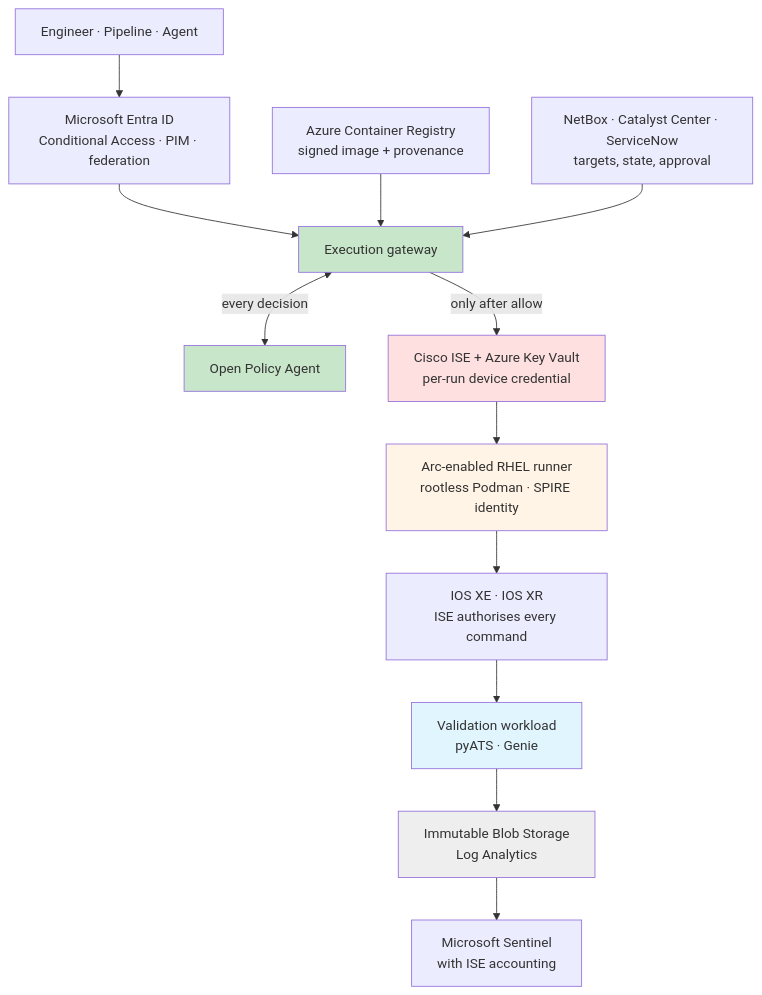
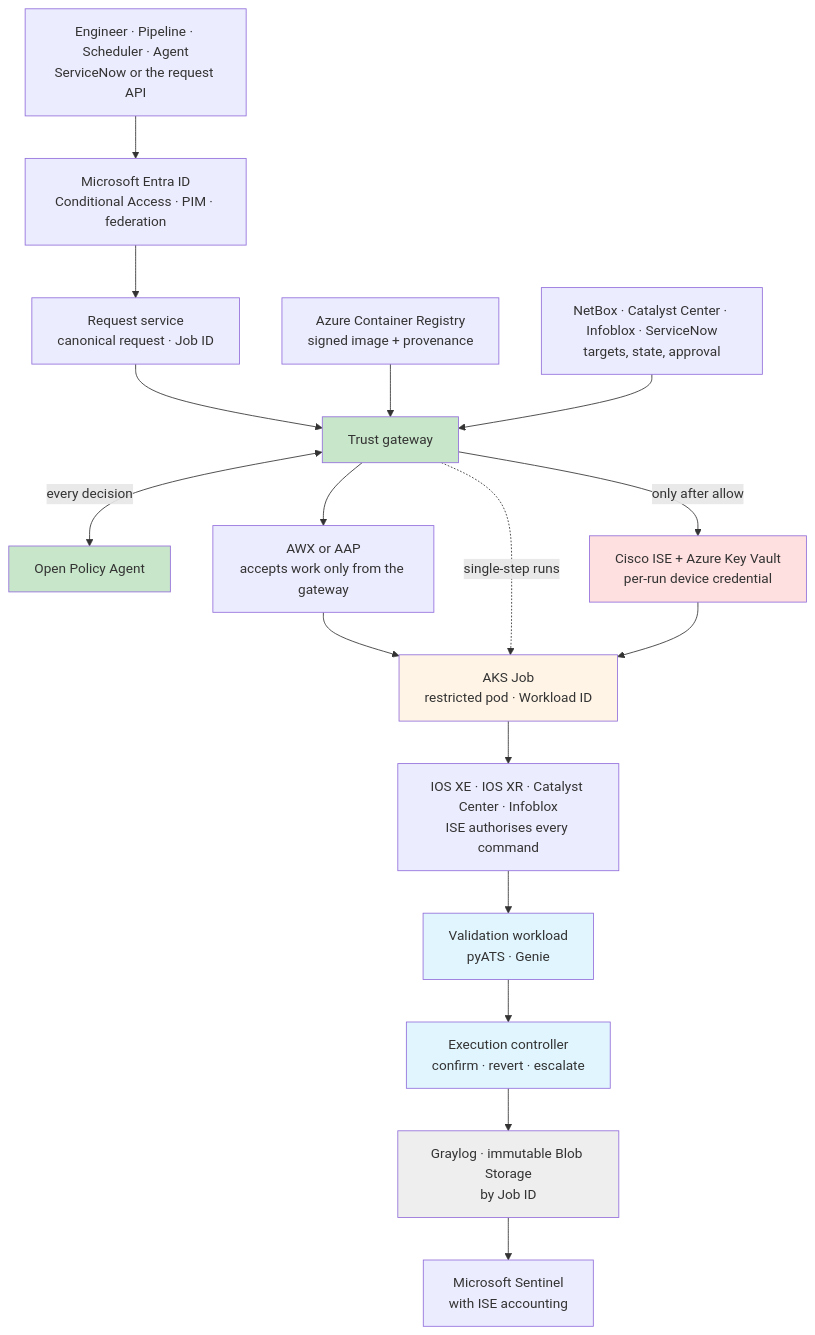
One commit to Nautomation-Prime/nautomation-prime.github.io changed the second of 2 diagrams in docs/foundation/reference-architectures/trusted-automation-execution/worked-example-azure-cisco.md. Above: the diagram before and after it, drawn with Mermaid. The commit also changed other lines of this file and 6 other files, not shown here.

````diff
--- a/docs/foundation/reference-architectures/trusted-automation-execution/worked-example-azure-cisco.md
+++ b/docs/foundation/reference-architectures/trusted-automation-execution/worked-example-azure-cisco.md
@@ -76,21 +78,27 @@
 ```mermaid
 graph TD
-    RQ[Engineer · Pipeline · Agent] --> EN[Microsoft Entra ID<br/>Conditional Access · PIM · federation]
-    EN --> GW[Execution gateway]
+    RQ[Engineer · Pipeline · Scheduler · Agent<br/>ServiceNow or the request API] --> EN[Microsoft Entra ID<br/>Conditional Access · PIM · federation]
+    EN --> NS[Request service<br/>canonical request · Job ID]
+    NS --> GW[Trust gateway]
     ACR[Azure Container Registry<br/>signed image + provenance] --> GW
-    CTX[NetBox · Catalyst Center · ServiceNow<br/>targets, state, approval] --> GW
+    CTX[NetBox · Catalyst Center · Infoblox · ServiceNow<br/>targets, state, approval] --> GW
     GW <-->|every decision| OPA[Open Policy Agent]
     GW -->|only after allow| AUTH[Cisco ISE + Azure Key Vault<br/>per-run device credential]
-    AUTH --> RUN[Arc-enabled RHEL runner<br/>rootless Podman · SPIRE identity]
-    RUN --> DEV[IOS XE · IOS XR<br/>ISE authorises every command]
+    GW --> AWX[AWX or AAP<br/>accepts work only from the gateway]
+    AWX --> RUN[AKS Job<br/>restricted pod · Workload ID]
+    GW -.->|single-step runs| RUN
+    AUTH --> RUN
+    RUN --> DEV[IOS XE · IOS XR · Catalyst Center · Infoblox<br/>ISE authorises every command]
     DEV --> VAL[Validation workload<br/>pyATS · Genie]
-    VAL --> EV[Immutable Blob Storage<br/>Log Analytics]
+    VAL --> OUT[Execution controller<br/>confirm · revert · escalate]
+    OUT --> EV[Graylog · immutable Blob Storage<br/>by Job ID]
     EV --> SEN[Microsoft Sentinel<br/>with ISE accounting]
 
     style GW fill:#c8e6c9
     style OPA fill:#c8e6c9
     style AUTH fill:#ffe0e0
     style RUN fill:#fff4e6
     style VAL fill:#e1f5ff
+    style OUT fill:#e1f5ff
     style EV fill:#eeeeee
 ```
````
